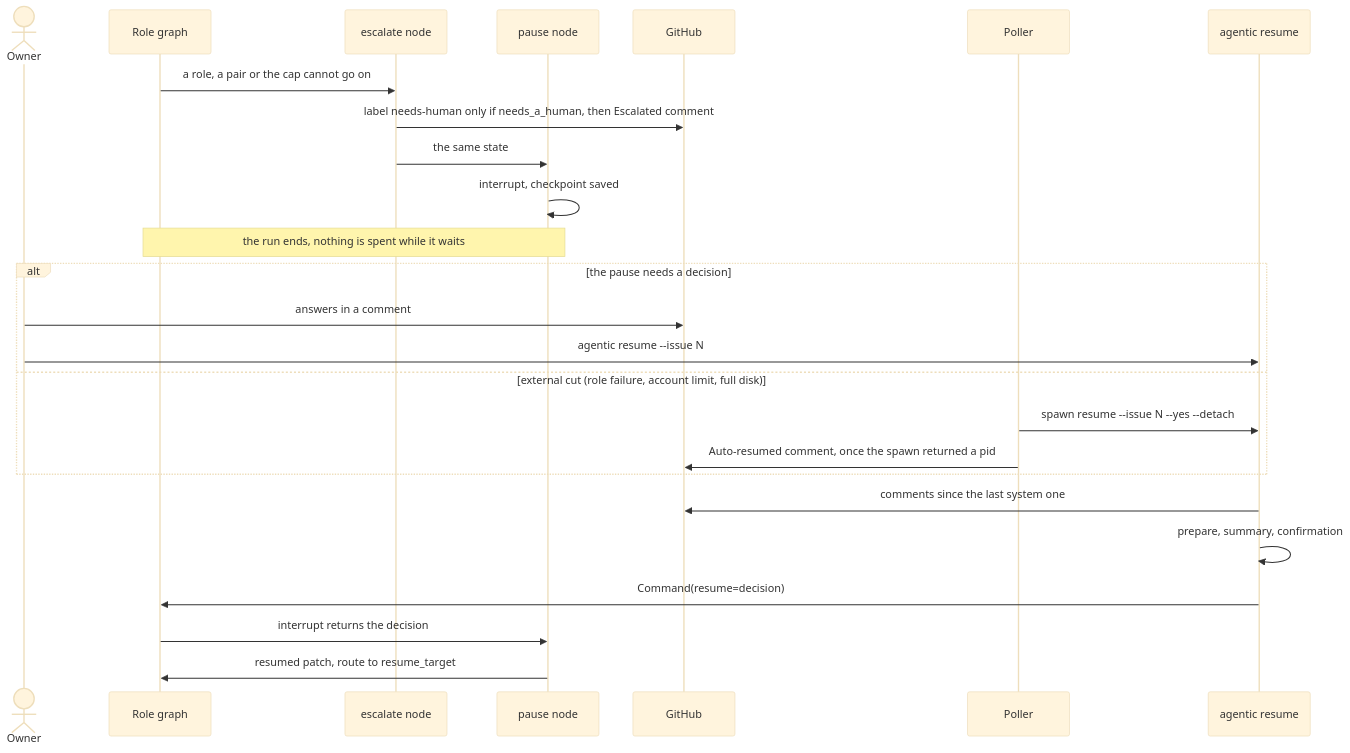
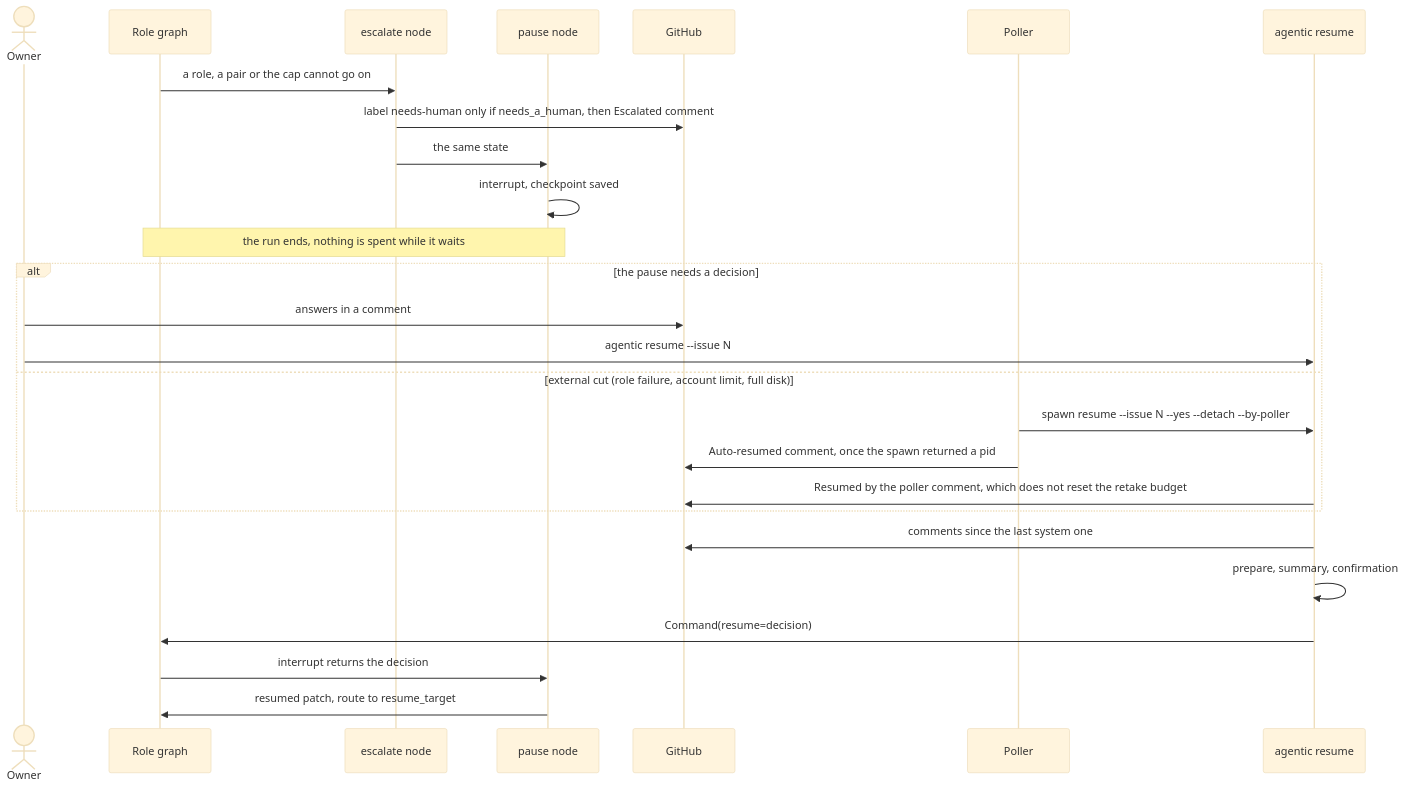
One commit to GonzaloZevallos/agentic-system changed the diagram in docs/architecture/flujos/reanudacion.md. Above: the diagram before and after it, drawn with Mermaid (base theme). The commit also changed other lines of this file and 2 other files, not shown here.

Commit message:
Document the poller's --by-poller resume and spent-budget notice in the resume flow; pin label-before-comment and the same-boot deliberate stop

````diff
--- a/docs/architecture/flujos/reanudacion.md
+++ b/docs/architecture/flujos/reanudacion.md
@@ -8,27 +8,28 @@
 ```mermaid
 sequenceDiagram
     actor Owner
     participant Graph as Role graph
     participant Escalate as escalate node
     participant Pause as pause node
     participant GitHub
     participant Poller
     participant Resume as agentic resume
     Graph->>Escalate: a role, a pair or the cap cannot go on
     Escalate->>GitHub: label needs-human only if needs_a_human, then Escalated comment
     Escalate->>Pause: the same state
     Pause->>Pause: interrupt, checkpoint saved
     Note over Graph,Pause: the run ends, nothing is spent while it waits
     alt the pause needs a decision
         Owner->>GitHub: answers in a comment
         Owner->>Resume: agentic resume --issue N
     else external cut (role failure, account limit, full disk)
-        Poller->>Resume: spawn resume --issue N --yes --detach
+        Poller->>Resume: spawn resume --issue N --yes --detach --by-poller
         Poller->>GitHub: Auto-resumed comment, once the spawn returned a pid
+        Resume->>GitHub: Resumed by the poller comment, which does not reset the retake budget
     end
     Resume->>GitHub: comments since the last system one
     Resume->>Resume: prepare, summary, confirmation
     Resume->>Graph: Command(resume=decision)
     Graph->>Pause: interrupt returns the decision
     Pause->>Graph: resumed patch, route to resume_target
 ```
````
